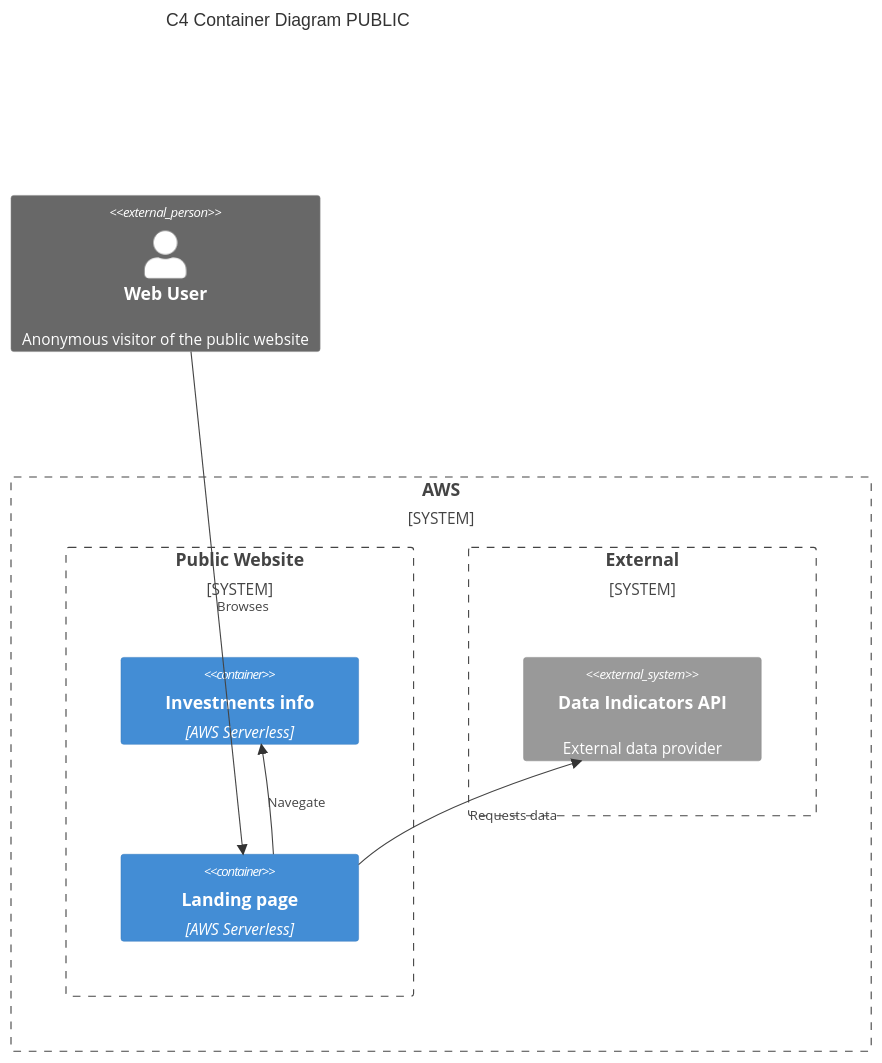
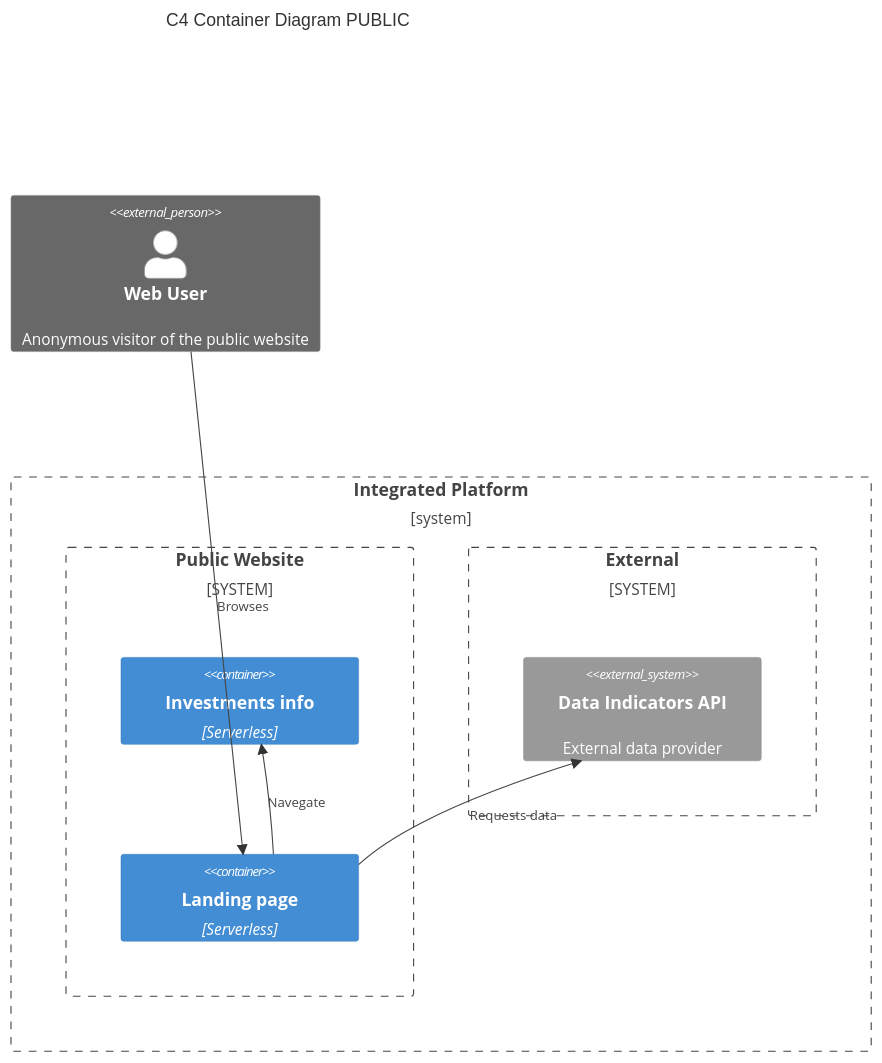
One commit to git-jrm/management-system changed the third of 4 diagrams in ARCHITECTURE.md. Above: the diagram before and after it, drawn with Mermaid. The commit also changed other lines of this file, not shown here.

````diff
--- a/ARCHITECTURE.md
+++ b/ARCHITECTURE.md
@@ -93,18 +95,18 @@
 ```mermaid
 C4Container
     title C4 Container Diagram PUBLIC
 
     Person_Ext(p_web, "Web User", "Anonymous visitor of the public website")
-    System_Boundary(b_system, "AWS") {
+    Boundary(b_system, "Integrated Platform") {
         System_Boundary(b_public,"Public Website"){
-            Container(c_investment, "Investments info", "AWS Serverless")
-            Container(c_home, "Landing page", "AWS Serverless")
+            Container(c_investment, "Investments info", "Serverless")
+            Container(c_home, "Landing page", "Serverless")
             Rel(p_web, c_home, "Browses")
             Rel(c_home, c_investment, "Navegate")
         }
         System_Boundary(b_ext,"External"){
             System_Ext(ext_data_api, "Data Indicators API", "External data provider")
             Rel(c_home, ext_data_api, "Requests data")
         }
     }
 ```
````
